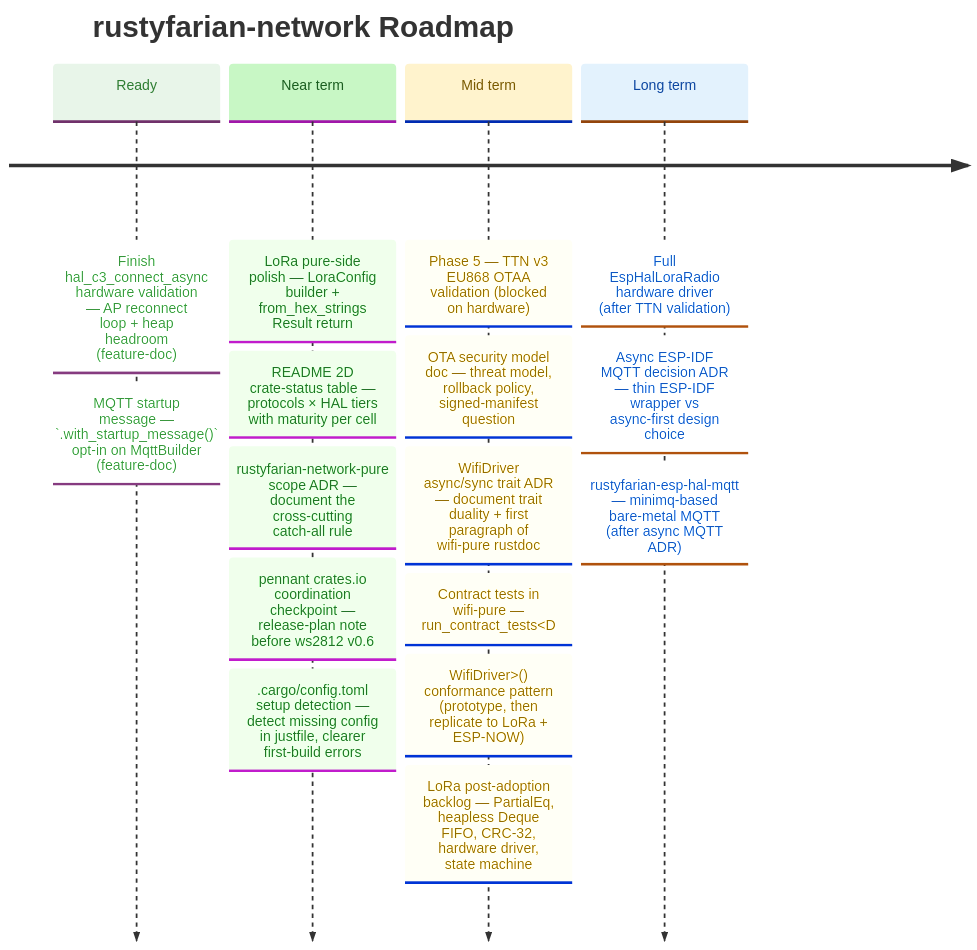
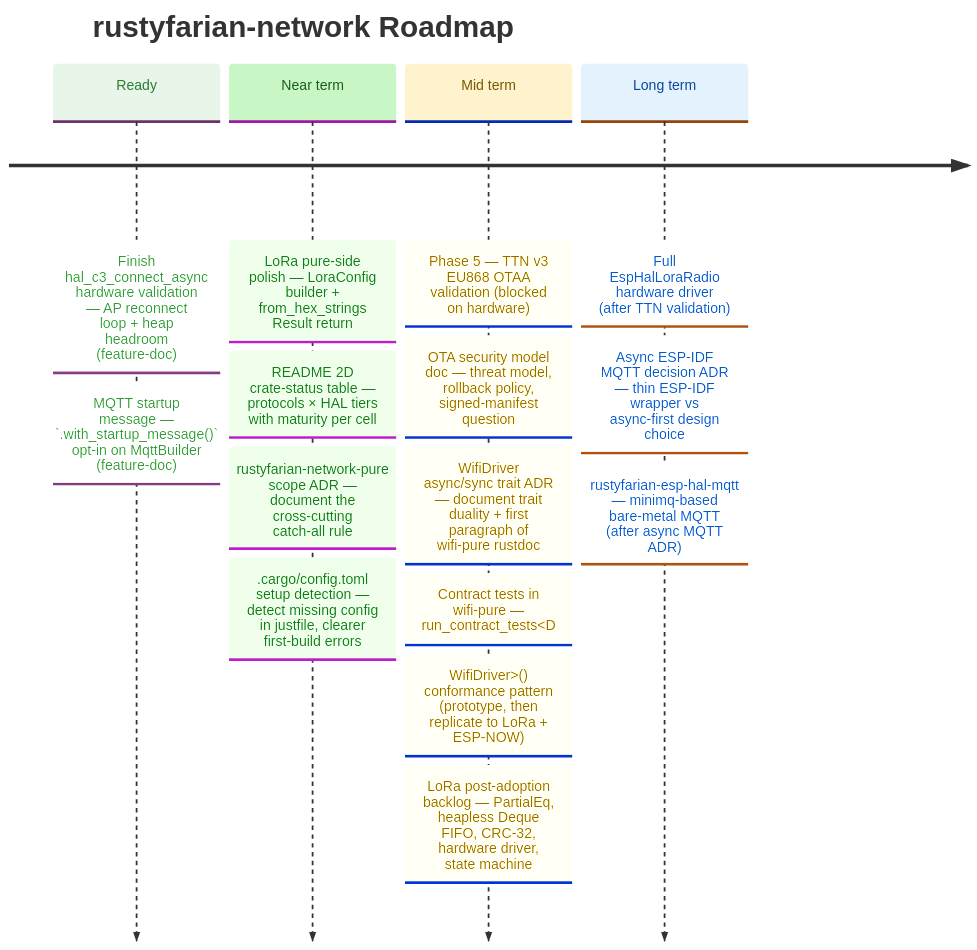
Before and after one commit to datenkollektiv/rustyfarian-network: the diagram in docs/ROADMAP.md, drawn with Mermaid. The commit also changed 2 other files, not shown here.

Commit message:
Update rustyfarian dependencies to v0.6

````diff
--- a/docs/ROADMAP.md
+++ b/docs/ROADMAP.md
@@ -10,37 +10,36 @@
 ```mermaid
 %%{init: {
   "theme": "base",
   "themeVariables": {
     "cScale0": "#e8f5e9",
     "cScaleLabel0": "#2e7d32",
     "cScale1": "#c8f7c5",
     "cScaleLabel1": "#1b5e20",
     "cScale2": "#fff3cd",
     "cScaleLabel2": "#7a5a00",
     "cScale3": "#e3f2fd",
     "cScaleLabel3": "#0d47a1"
   }
 }}%%
 
 timeline
     title rustyfarian-network Roadmap
 
     Ready     : Finish hal_c3_connect_async hardware validation — AP reconnect loop + heap headroom (feature-doc)
               : MQTT startup message — `.with_startup_message()` opt-in on MqttBuilder (feature-doc)
 
     Near term : LoRa pure-side polish — LoraConfig builder + from_hex_strings Result return
               : README 2D crate-status table — protocols × HAL tiers with maturity per cell
               : rustyfarian-network-pure scope ADR — document the cross-cutting catch-all rule
-              : pennant crates.io coordination checkpoint — release-plan note before ws2812 v0.6
               : .cargo/config.toml setup detection — detect missing config in justfile, clearer first-build errors
 
     Mid term  : Phase 5 — TTN v3 EU868 OTAA validation (blocked on hardware)
               : OTA security model doc — threat model, rollback policy, signed-manifest question
               : WifiDriver async/sync trait ADR — document trait duality + first paragraph of wifi-pure rustdoc
               : Contract tests in wifi-pure — run_contract_tests<D: WifiDriver>() conformance pattern (prototype, then replicate to LoRa + ESP-NOW)
               : LoRa post-adoption backlog — PartialEq, heapless Deque FIFO, CRC-32, hardware driver, state machine
 
     Long term : Full EspHalLoraRadio hardware driver (after TTN validation)
               : Async ESP-IDF MQTT decision ADR — thin ESP-IDF wrapper vs async-first design choice
               : rustyfarian-esp-hal-mqtt — minimq-based bare-metal MQTT (after async MQTT ADR)
 ```
````
